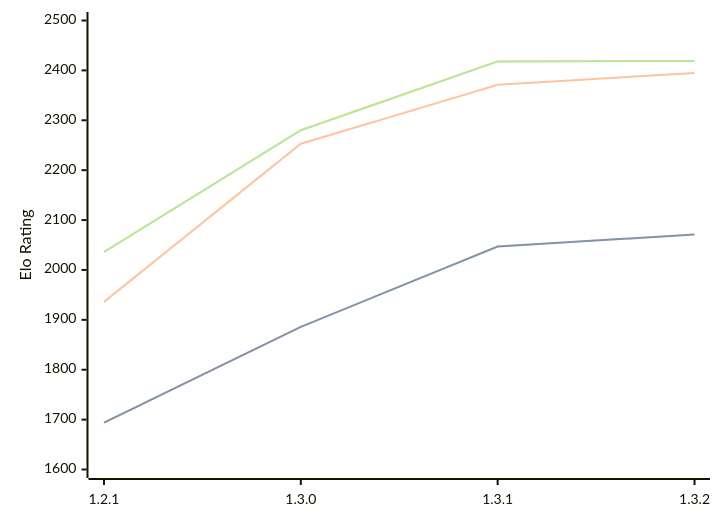
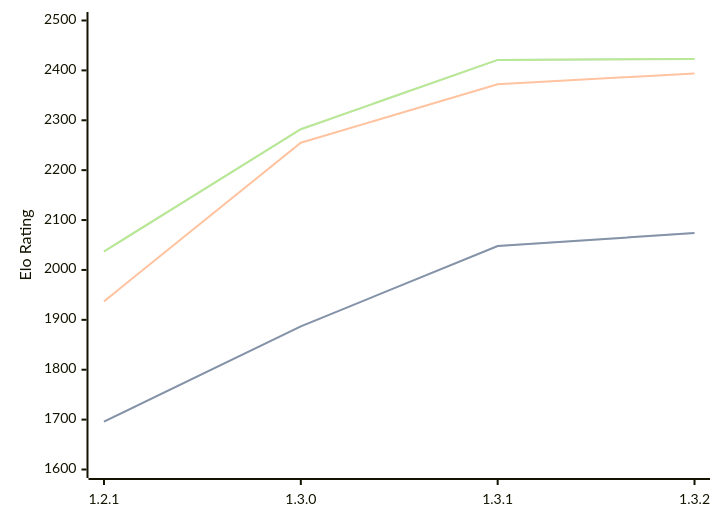
The diagram in engines/Chal.md (computer-chess-index/cci), drawn with Mermaid before and after one commit. The commit also changed other lines of this file, not shown here.

Commit message:
Update CCI Ratings (ELO VLTC) - 2026-03-29

````diff
--- a/engines/Chal.md
+++ b/engines/Chal.md
@@ -37,11 +37,11 @@
 ```mermaid
 %%{init: {"theme":"base","themeVariables":{"seriesColors:['#a3a3a3','#222221','#faa371']}}}%%
 xychart-beta
   x-axis ["1.2.1", "1.3.0", "1.3.1", "1.3.2"]
   y-axis "Elo Rating" 1600 --> 2500
-  line "STC (8.0+0.08s)" [1694, 1886, 2047, 2071]
-  line "STC (8.0+0.08s)" [1694, 1886, 2047, 2071]
-  line "LTC (60.0+0.60s)" [1936, 2253, 2371, 2395]
-  line "VLTC (2m24s+1.12s)" [2036, 2280, 2418, 2419]
-  line "VLTC (2m24s+1.12s)" [2036, 2280, 2418, 2419]
+  line "STC (8.0+0.08s)" [1696, 1887, 2048, 2074]
+  line "STC (8.0+0.08s)" [1696, 1887, 2048, 2074]
+  line "LTC (60.0+0.60s)" [1937, 2255, 2372, 2394]
+  line "VLTC (2m24s+1.12s)" [2037, 2282, 2421, 2423]
+  line "VLTC (2m24s+1.12s)" [2037, 2282, 2421, 2423]
 ```
````
